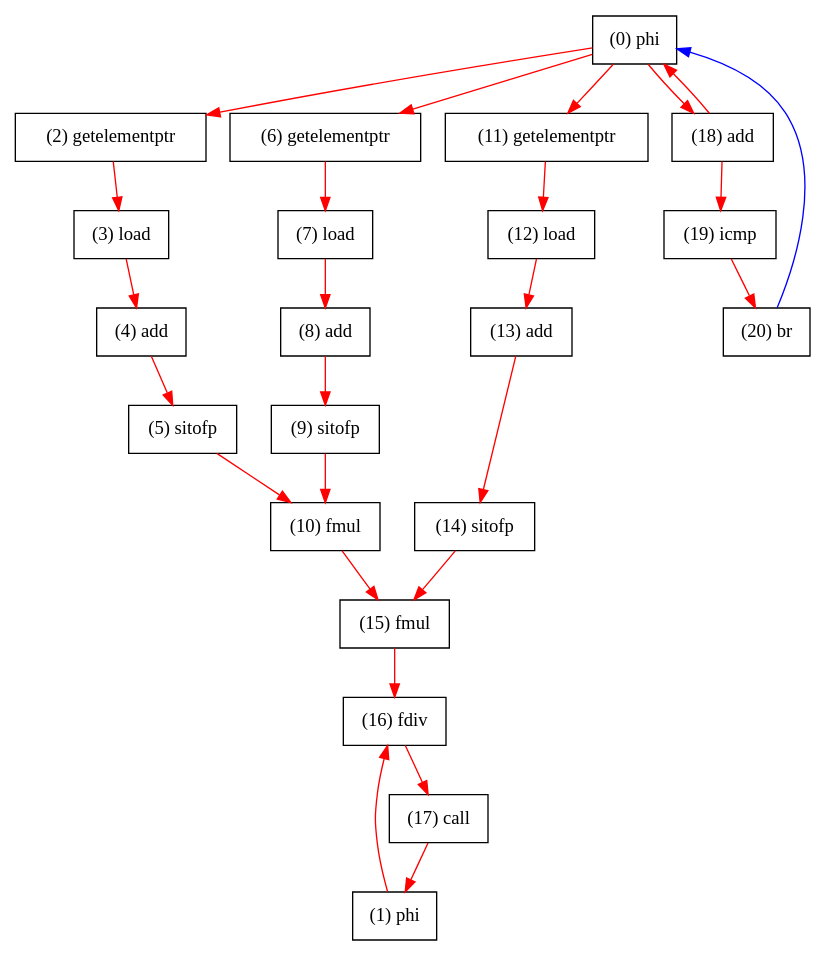
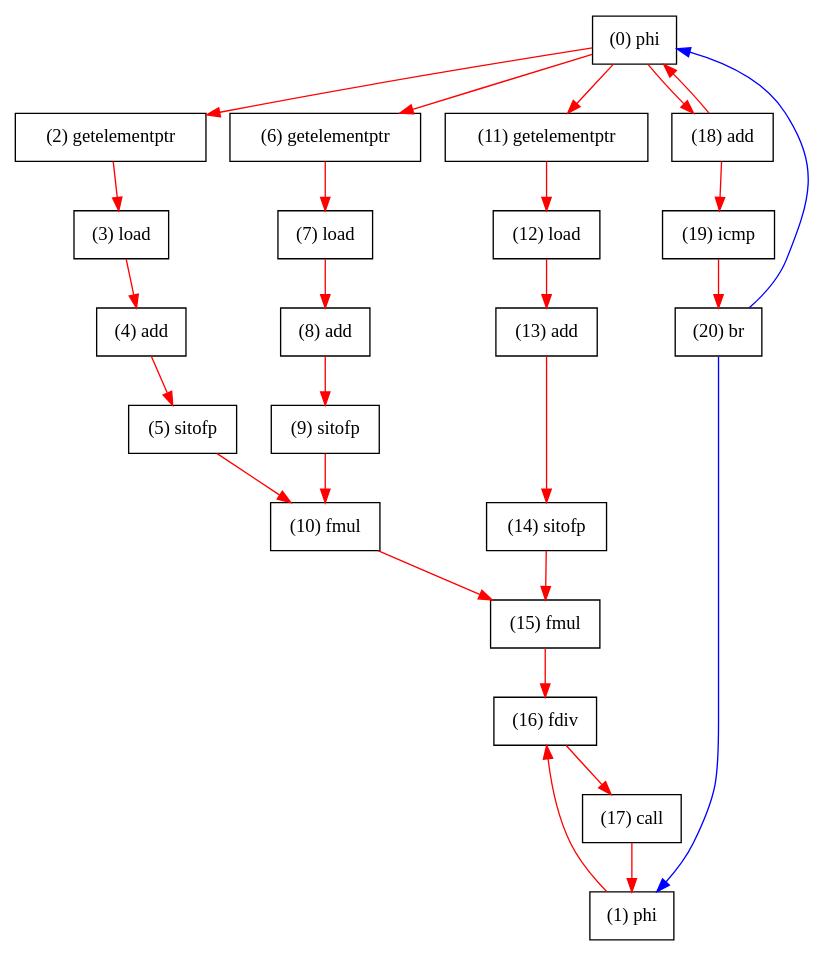
The diagram in benchmark/last_lu/kernel_org.dot (tancheng/g-fpin), drawn with Graphviz before and after one commit. The commit also changed 34 other files, not shown here.

```diff
--- a/benchmark/last_lu/kernel_org.dot
+++ b/benchmark/last_lu/kernel_org.dot
@@ -1,50 +1,51 @@
 digraph "DFG for'kernel' function" {
 	Node0phi[shape=record, label="(0) phi"];
 	Node1phi[shape=record, label="(1) phi"];
 	Node2getelementptr[shape=record, label="(2) getelementptr"];
 	Node3load[shape=record, label="(3) load"];
 	Node4add[shape=record, label="(4) add"];
 	Node5sitofp[shape=record, label="(5) sitofp"];
 	Node6getelementptr[shape=record, label="(6) getelementptr"];
 	Node7load[shape=record, label="(7) load"];
 	Node8add[shape=record, label="(8) add"];
 	Node9sitofp[shape=record, label="(9) sitofp"];
 	Node10fmul[shape=record, label="(10) fmul"];
 	Node11getelementptr[shape=record, label="(11) getelementptr"];
 	Node12load[shape=record, label="(12) load"];
 	Node13add[shape=record, label="(13) add"];
 	Node14sitofp[shape=record, label="(14) sitofp"];
 	Node15fmul[shape=record, label="(15) fmul"];
 	Node16fdiv[shape=record, label="(16) fdiv"];
 	Node17call[shape=record, label="(17) call"];
 	Node18add[shape=record, label="(18) add"];
 	Node19icmp[shape=record, label="(19) icmp"];
 	Node20br[shape=record, label="(20) br"];
 edge [color=blue]
 	Node20br -> Node0phi
+	Node20br -> Node1phi
 edge [color=red]
 	Node18add -> Node0phi
 	Node17call -> Node1phi
 	Node0phi -> Node2getelementptr
 	Node2getelementptr -> Node3load
 	Node3load -> Node4add
 	Node4add -> Node5sitofp
 	Node0phi -> Node6getelementptr
 	Node6getelementptr -> Node7load
 	Node7load -> Node8add
 	Node8add -> Node9sitofp
 	Node5sitofp -> Node10fmul
 	Node9sitofp -> Node10fmul
 	Node0phi -> Node11getelementptr
 	Node11getelementptr -> Node12load
 	Node12load -> Node13add
 	Node13add -> Node14sitofp
 	Node10fmul -> Node15fmul
 	Node14sitofp -> Node15fmul
 	Node1phi -> Node16fdiv
 	Node15fmul -> Node16fdiv
 	Node16fdiv -> Node17call
 	Node0phi -> Node18add
 	Node18add -> Node19icmp
 	Node19icmp -> Node20br
 }
```
